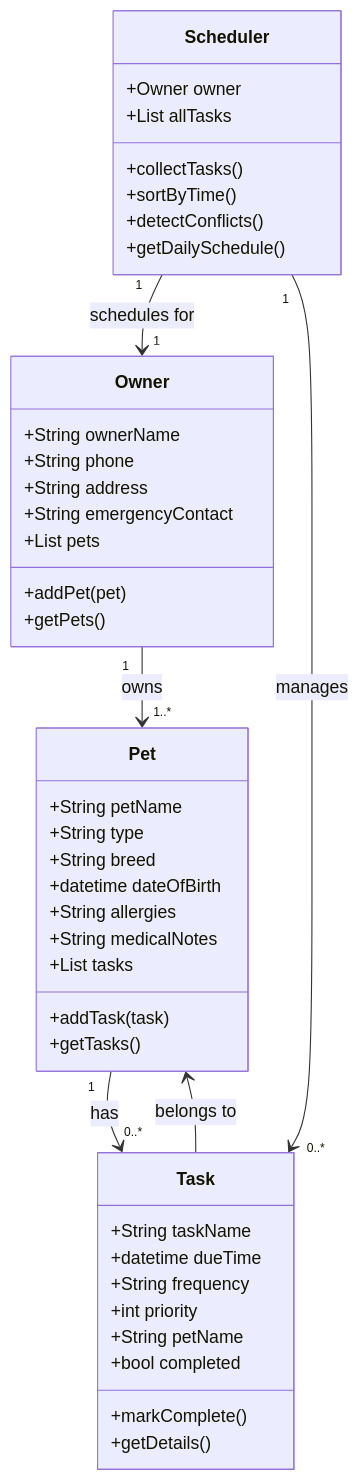
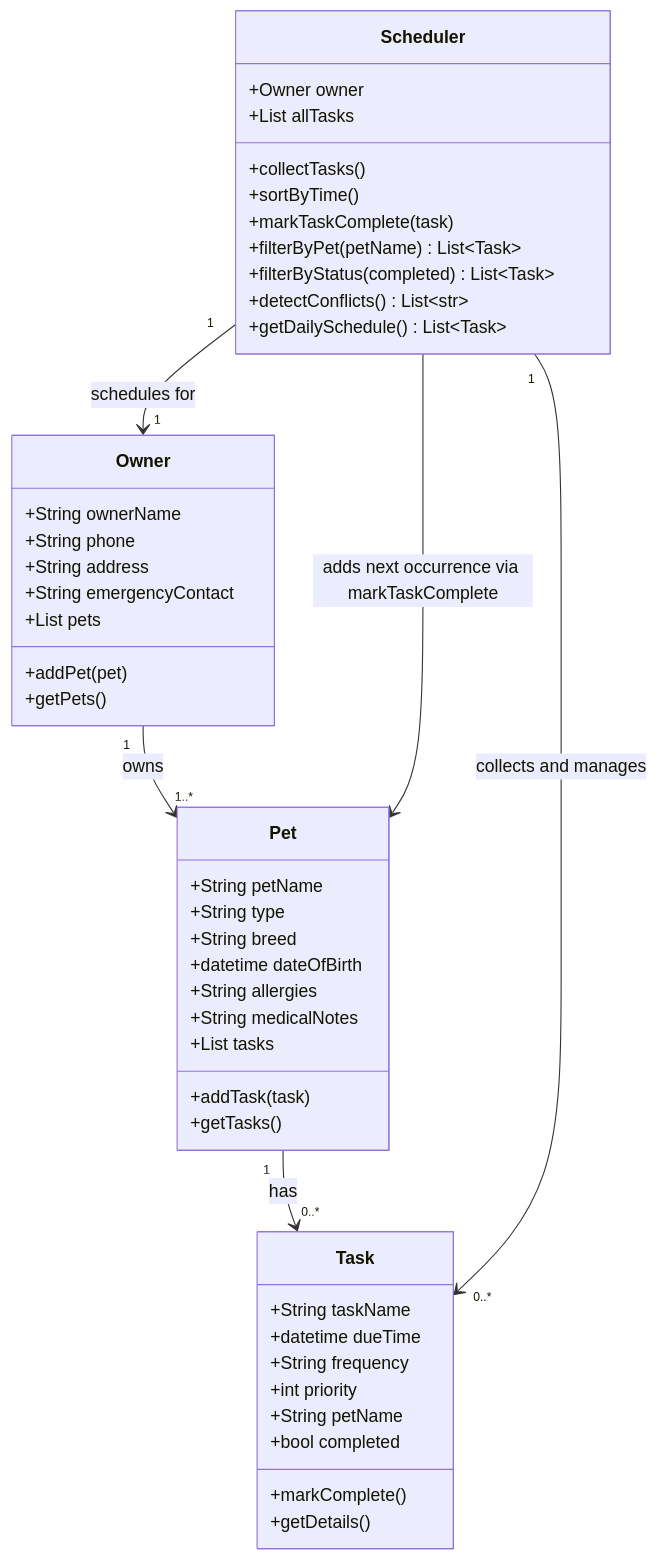
One commit to saam-kavusi/ai110-module2show-pawpal-starter changed the diagram in petpal_diagram.md. Above: the diagram before and after it, drawn with Mermaid. The commit also changed 12 other files, not shown here.

````diff
--- a/petpal_diagram.md
+++ b/petpal_diagram.md
@@ -1,50 +1,53 @@
 ```mermaid
 classDiagram
     class Owner {
         +String ownerName
         +String phone
         +String address
         +String emergencyContact
         +List pets
         +addPet(pet)
         +getPets()
     }
 
     class Pet {
         +String petName
         +String type
         +String breed
         +datetime dateOfBirth
         +String allergies
         +String medicalNotes
         +List tasks
         +addTask(task)
         +getTasks()
     }
 
     class Task {
         +String taskName
         +datetime dueTime
         +String frequency
         +int priority
         +String petName
         +bool completed
         +markComplete()
         +getDetails()
     }
 
     class Scheduler {
         +Owner owner
         +List allTasks
         +collectTasks()
         +sortByTime()
-        +detectConflicts()
-        +getDailySchedule()
+        +markTaskComplete(task)
+        +filterByPet(petName) List~Task~
+        +filterByStatus(completed) List~Task~
+        +detectConflicts() List~str~
+        +getDailySchedule() List~Task~
     }
 
     Owner "1" --> "1..*" Pet : owns
     Pet "1" --> "0..*" Task : has
     Scheduler "1" --> "1" Owner : schedules for
-    Scheduler "1" --> "0..*" Task : manages
-    Task --> Pet : belongs to
+    Scheduler "1" --> "0..*" Task : collects and manages
+    Scheduler --> Pet : adds next occurrence via markTaskComplete
 ```
````
